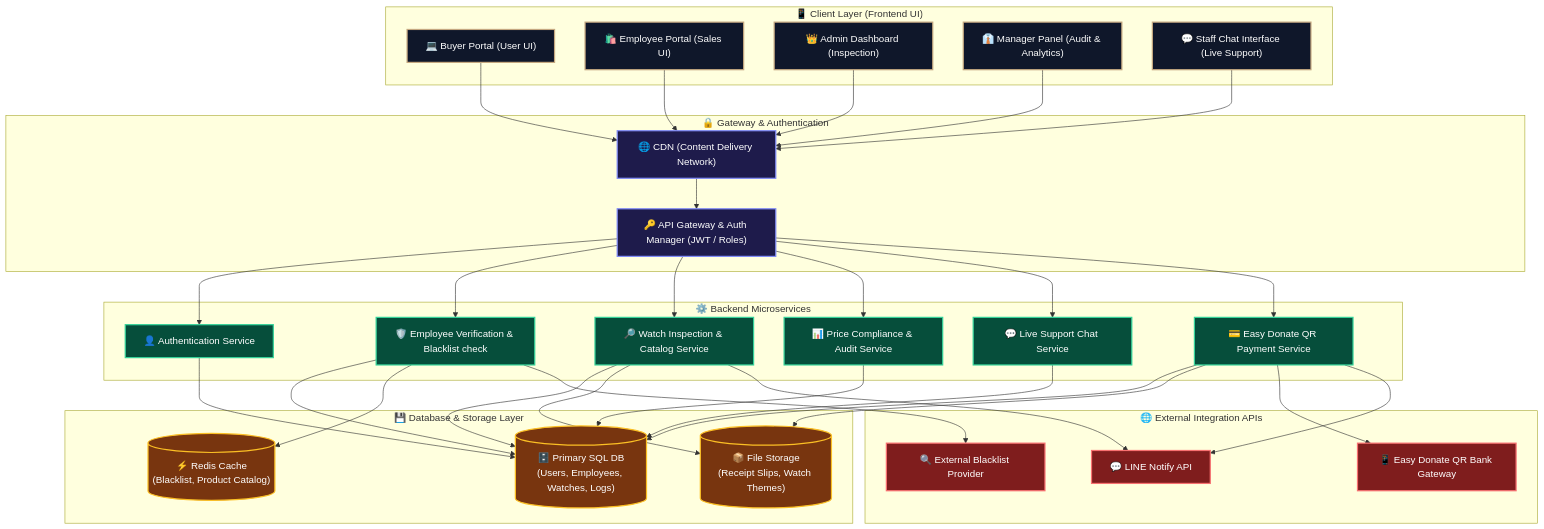
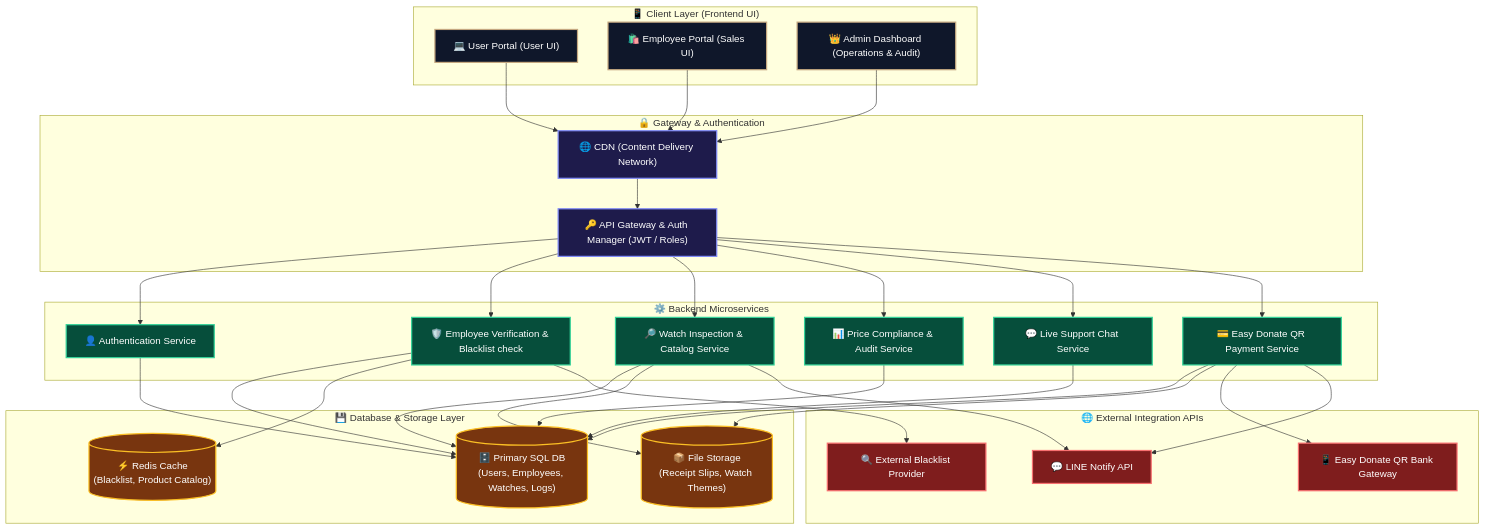
Before and after one commit to sShinjikubs/WatchMarket: the first of 6 diagrams in analysis_design.md, drawn with Mermaid. The commit also changed other lines of this file and 2 other files, not shown here.

Commit message:
refactor: simplify to 3 roles (User, Employee, Admin), removing Manager and Staff

````diff
--- a/analysis_design.md
+++ b/analysis_design.md
@@ -40,78 +40,76 @@
 ```mermaid
 graph TB
     subgraph Client_Layer ["📱 Client Layer (Frontend UI)"]
-        A1["💻 Buyer Portal (User UI)"]
+        A1["💻 User Portal (User UI)"]
         A2["🛍️ Employee Portal (Sales UI)"]
-        A3["👑 Admin Dashboard (Inspection)"]
-        A4["👔 Manager Panel (Audit & Analytics)"]
-        A5["💬 Staff Chat Interface (Live Support)"]
+        A3["👑 Admin Dashboard (Operations & Audit)"]
     end
  
     subgraph Gateway_Layer ["🔒 Gateway & Authentication"]
         CDN["🌐 CDN (Content Delivery Network)"]
         GW["🔑 API Gateway & Auth Manager (JWT / Roles)"]
     end
  
     subgraph Backend_Layer ["⚙️ Backend Microservices"]
         AuthSvc["👤 Authentication Service"]
         VerifySvc["🛡️ Employee Verification & Blacklist check"]
         InspectSvc["🔎 Watch Inspection & Catalog Service"]
         AuditSvc["📊 Price Compliance & Audit Service"]
         ChatSvc["💬 Live Support Chat Service"]
         PaySvc["💳 Easy Donate QR Payment Service"]
     end
  
     subgraph Data_Layer ["💾 Database & Storage Layer"]
         SQL_DB[("🗄️ Primary SQL DB<br>(Users, Employees, Watches, Logs)")]
         Redis_DB[("⚡ Redis Cache<br>(Blacklist, Product Catalog)")]
         Storage[("📦 File Storage<br>(Receipt Slips, Watch Themes)")]
     end
 
     subgraph External_Services ["🌐 External Integration APIs"]
         LineAPI["💬 LINE Notify API"]
         BankAPI["📱 Easy Donate QR Bank Gateway"]
         BlacklistAPI["🔍 External Blacklist Provider"]
     end
 
     %% Client to Gateway Connections
-    A1 & A2 & A3 & A4 & A5 --> CDN
+    A1 & A2 & A3 --> CDN
     CDN --> GW
 
     %% Gateway to Microservices Connections
     GW --> AuthSvc
     GW --> VerifySvc
     GW --> InspectSvc
     GW --> AuditSvc
     GW --> ChatSvc
     GW --> PaySvc
 
     %% Services to Databases
     AuthSvc --> SQL_DB
     VerifySvc --> SQL_DB
     VerifySvc --> Redis_DB
     InspectSvc --> SQL_DB
     InspectSvc --> Storage
     AuditSvc --> SQL_DB
     ChatSvc --> SQL_DB
     PaySvc --> SQL_DB
     PaySvc --> Storage
 
     %% External APIs Trigger
     VerifySvc --> BlacklistAPI
     PaySvc --> BankAPI
     PaySvc --> LineAPI
     InspectSvc --> LineAPI
 
     %% Style Customization
     classDef client fill:#0f172a,stroke:#c5a880,stroke-width:2px,color:#fff;
     classDef gateway fill:#1e1b4b,stroke:#818cf8,stroke-width:2px,color:#fff;
     classDef backend fill:#064e3b,stroke:#34d399,stroke-width:2px,color:#fff;
     classDef data fill:#78350f,stroke:#fbbf24,stroke-width:2px,color:#fff;
     classDef external fill:#7f1d1d,stroke:#f87171,stroke-width:2px,color:#fff;
 
-    class A1,A2,A3,A4,A5 client;
+    class A1,A2,A3 client;
     class CDN,GW gateway;
     class AuthSvc,VerifySvc,InspectSvc,AuditSvc,ChatSvc,PaySvc backend;
     class SQL_DB,Redis_DB,Storage data;
     class LineAPI,BankAPI,BlacklistAPI external;
 ```
````
